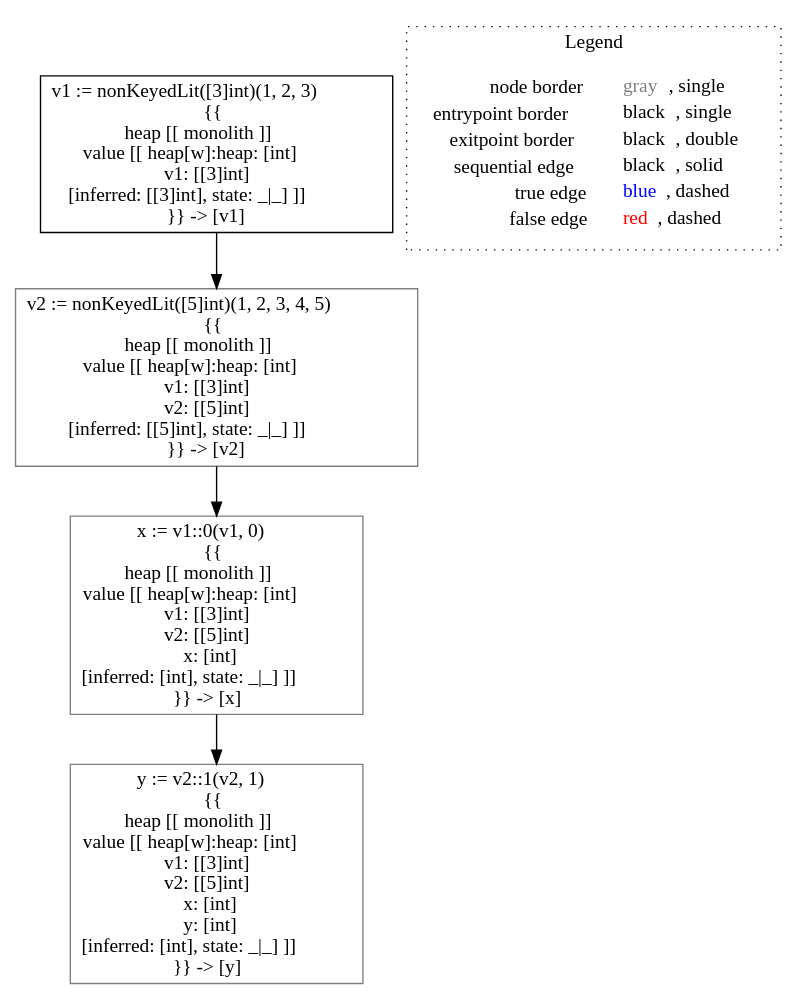
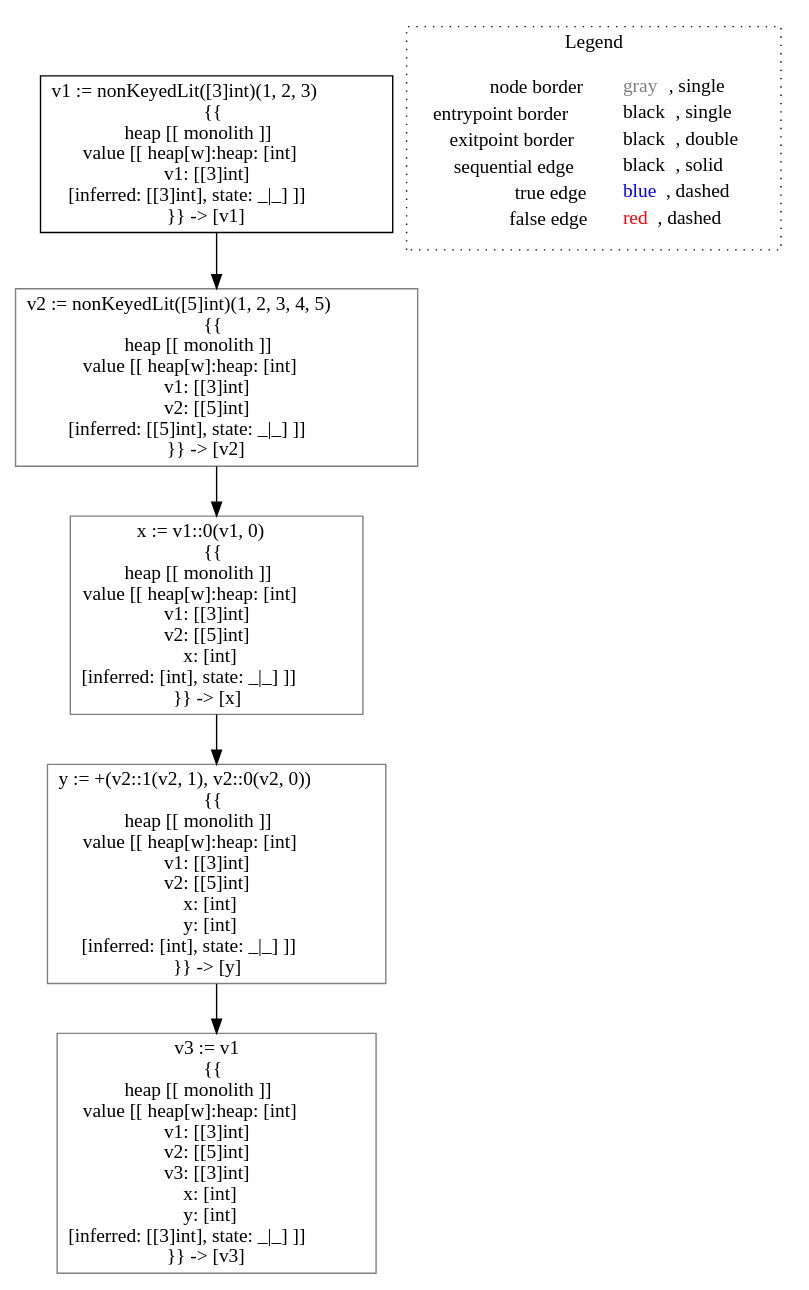
The diagram in go-lisa/go-testcases/typing/typing___untyped_~LiSAProgram.arrayTyping().dot (lisa-analyzer/go-lisa), drawn with Graphviz before and after one commit. The commit also changed 9 other files, not shown here.

```diff
--- a/go-lisa/go-testcases/typing/typing___untyped_~LiSAProgram.arrayTyping().dot
+++ b/go-lisa/go-testcases/typing/typing___untyped_~LiSAProgram.arrayTyping().dot
@@ -1,16 +1,18 @@
 digraph {
 	"node0" [shape="rect",color="black",label=<v1 := nonKeyedLit([3]int)(1, 2, 3)<BR/>{{<BR/>heap [[ monolith ]]<BR/>value [[ heap[w]:heap: [int]<BR/>v1: [[3]int]<BR/>[inferred: [[3]int], state: _|_] ]]<BR/>}} -&gt; [v1]>];
-	"node1" [shape="rect",color="gray",label=<x := v1::0(v1, 0)<BR/>{{<BR/>heap [[ monolith ]]<BR/>value [[ heap[w]:heap: [int]<BR/>v1: [[3]int]<BR/>v2: [[5]int]<BR/>x: [int]<BR/>[inferred: [int], state: _|_] ]]<BR/>}} -&gt; [x]>];
-	"node2" [shape="rect",color="gray",label=<y := v2::1(v2, 1)<BR/>{{<BR/>heap [[ monolith ]]<BR/>value [[ heap[w]:heap: [int]<BR/>v1: [[3]int]<BR/>v2: [[5]int]<BR/>x: [int]<BR/>y: [int]<BR/>[inferred: [int], state: _|_] ]]<BR/>}} -&gt; [y]>];
-	"node3" [shape="rect",color="gray",label=<v2 := nonKeyedLit([5]int)(1, 2, 3, 4, 5)<BR/>{{<BR/>heap [[ monolith ]]<BR/>value [[ heap[w]:heap: [int]<BR/>v1: [[3]int]<BR/>v2: [[5]int]<BR/>[inferred: [[5]int], state: _|_] ]]<BR/>}} -&gt; [v2]>];
-	"node1" -> "node2" [color="black"];
-	"node0" -> "node3" [color="black"];
+	"node1" [shape="rect",color="gray",label=<v3 := v1<BR/>{{<BR/>heap [[ monolith ]]<BR/>value [[ heap[w]:heap: [int]<BR/>v1: [[3]int]<BR/>v2: [[5]int]<BR/>v3: [[3]int]<BR/>x: [int]<BR/>y: [int]<BR/>[inferred: [[3]int], state: _|_] ]]<BR/>}} -&gt; [v3]>];
+	"node2" [shape="rect",color="gray",label=<v2 := nonKeyedLit([5]int)(1, 2, 3, 4, 5)<BR/>{{<BR/>heap [[ monolith ]]<BR/>value [[ heap[w]:heap: [int]<BR/>v1: [[3]int]<BR/>v2: [[5]int]<BR/>[inferred: [[5]int], state: _|_] ]]<BR/>}} -&gt; [v2]>];
+	"node3" [shape="rect",color="gray",label=<y := +(v2::1(v2, 1), v2::0(v2, 0))<BR/>{{<BR/>heap [[ monolith ]]<BR/>value [[ heap[w]:heap: [int]<BR/>v1: [[3]int]<BR/>v2: [[5]int]<BR/>x: [int]<BR/>y: [int]<BR/>[inferred: [int], state: _|_] ]]<BR/>}} -&gt; [y]>];
+	"node4" [shape="rect",color="gray",label=<x := v1::0(v1, 0)<BR/>{{<BR/>heap [[ monolith ]]<BR/>value [[ heap[w]:heap: [int]<BR/>v1: [[3]int]<BR/>v2: [[5]int]<BR/>x: [int]<BR/>[inferred: [int], state: _|_] ]]<BR/>}} -&gt; [x]>];
+	"node0" -> "node2" [color="black"];
+	"node2" -> "node4" [color="black"];
 	"node3" -> "node1" [color="black"];
+	"node4" -> "node3" [color="black"];
 subgraph cluster_legend {
 	label="Legend";
 	style=dotted;
 	node [shape=plaintext];
 	"legend" [label=<<table border="0" cellpadding="2" cellspacing="0" cellborder="0"><tr><td align="right">node border&nbsp;</td><td align="left"><font color="gray">gray</font>, single</td></tr><tr><td align="right">entrypoint border&nbsp;</td><td align="left"><font color="black">black</font>, single</td></tr><tr><td align="right">exitpoint border&nbsp;</td><td align="left"><font color="black">black</font>, double</td></tr><tr><td align="right">sequential edge&nbsp;</td><td align="left"><font color="black">black</font>, solid</td></tr><tr><td align="right">true edge&nbsp;</td><td align="left"><font color="blue">blue</font>, dashed</td></tr><tr><td align="right">false edge&nbsp;</td><td align="left"><font color="red">red</font>, dashed</td></tr></table>>];
 }
 
 }
```
